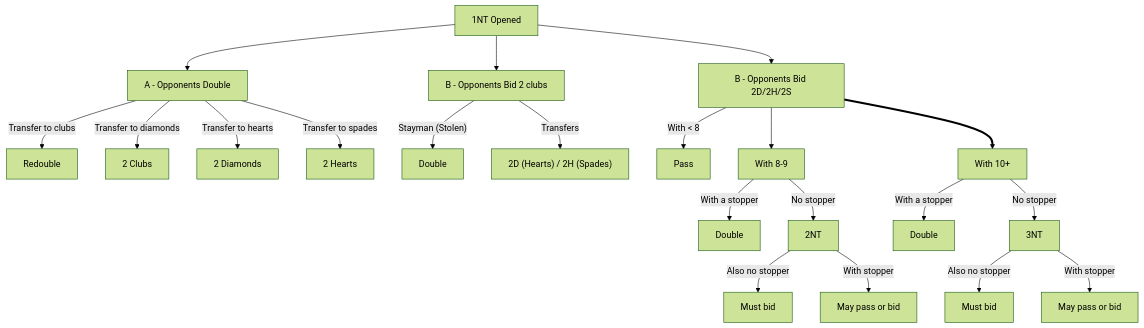
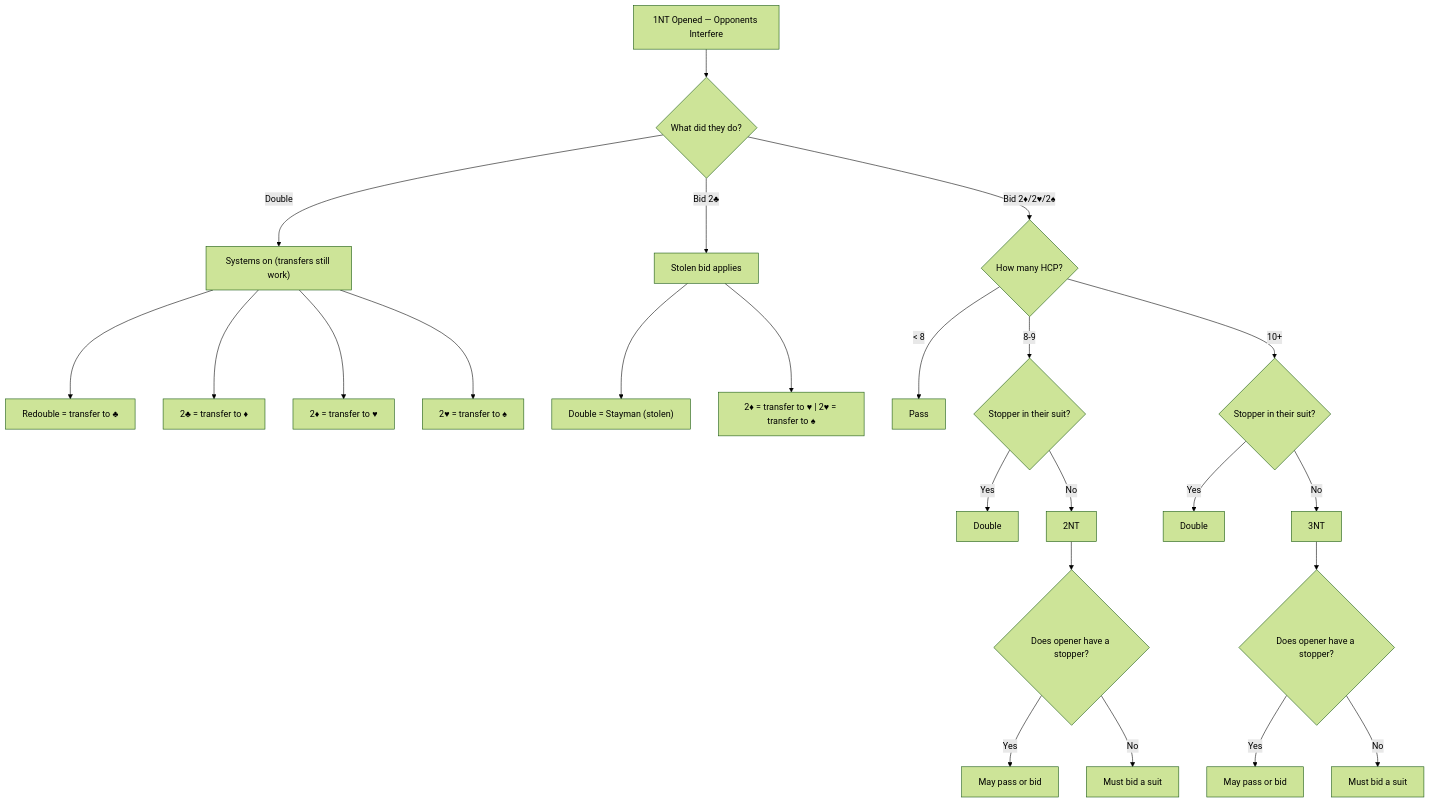
Before and after one commit to stephen-vakil/BridgeConventions: the diagram in AfterOpponentsInterfereWithNT.md, drawn with Mermaid (forest theme). The commit also changed 1 other file, not shown here.

Commit message:
Diagram formatting

````diff
--- a/AfterOpponentsInterfereWithNT.md
+++ b/AfterOpponentsInterfereWithNT.md
@@ -1,30 +1,35 @@
 ```mermaid
 
 graph TD
+    A[1NT Opened — Opponents Interfere] --> WhatDid{What did they do?}
 
-    A[1NT Opened] -->OppDbl[A - Opponents Double]
-    A[1NT Opened] -->Opp2C[B - Opponents Bid 2 clubs]
-    A[1NT Opened] -->Opp2x[B - Opponents Bid 2D/2H/2S]
+    WhatDid -->|Double| DblSys["Systems on (transfers still work)"]
+    WhatDid -->|Bid 2♣| TwoCSys[Stolen bid applies]
+    WhatDid -->|Bid 2♦/2♥/2♠| HCP{How many HCP?}
 
-    OppDbl -->|Transfer to clubs| Redouble
-    OppDbl -->|Transfer to diamonds| 2COverDouble[2 Clubs]
-    OppDbl -->|Transfer to hearts| 2DOverDouble[2 Diamonds]
-    OppDbl -->|Transfer to spades| 2HOverDouble[2 Hearts]
-    
-    Opp2C -->|"Stayman (Stolen)"| DoubleOver2C[Double]
-    Opp2C -->|Transfers| 2DorH["2D (Hearts) / 2H (Spades)"]
+    DblSys --> DblClubs[Redouble = transfer to ♣]
+    DblSys --> DblDiamonds[2♣ = transfer to ♦]
+    DblSys --> DblHearts[2♦ = transfer to ♥]
+    DblSys --> DblSpades[2♥ = transfer to ♠]
 
-    Opp2x -->|"With < 8"| Pass
-    Opp2x -->Opp2x8to9[With 8-9]
-    Opp2x ==>Opp2x10plus[With 10+]
+    TwoCSys --> StolenStay["Double = Stayman (stolen)"]
+    TwoCSys --> StolenXfer["2♦ = transfer to ♥ | 2♥ = transfer to ♠"]
 
-    Opp2x8to9 -->|With a stopper| Double8to9[Double]
-    Opp2x8to9 -->|No stopper| 2NTOpp2x8to9[2NT]
-    Opp2x10plus -->|With a stopper| Double10plus[Double]
-    Opp2x10plus-->|No stopper| 3NTOpp2x10plus[3NT]
+    HCP -->|"< 8"| Pass[Pass]
+    HCP -->|8-9| Stopper89{Stopper in their suit?}
+    HCP -->|10+| Stopper10{Stopper in their suit?}
 
-    2NTOpp2x8to9 -->|Also no stopper| MustBid8to9[Must bid]
-    2NTOpp2x8to9 -->|With stopper| MayPass8to9[May pass or bid]
-    3NTOpp2x10plus -->|Also no stopper| MustBid10plus[Must bid]
-    3NTOpp2x10plus -->|With stopper| MayPass10plus[May pass or bid]
+    Stopper89 -->|Yes| Dbl89[Double]
+    Stopper89 -->|No| TwoNT89[2NT]
+
+    Stopper10 -->|Yes| Dbl10[Double]
+    Stopper10 -->|No| ThreeNT10[3NT]
+
+    TwoNT89 --> Opener89{Does opener have a stopper?}
+    Opener89 -->|Yes| MayPass89[May pass or bid]
+    Opener89 -->|No| MustBid89[Must bid a suit]
+
+    ThreeNT10 --> Opener10{Does opener have a stopper?}
+    Opener10 -->|Yes| MayPass10[May pass or bid]
+    Opener10 -->|No| MustBid10[Must bid a suit]
 ```
````
